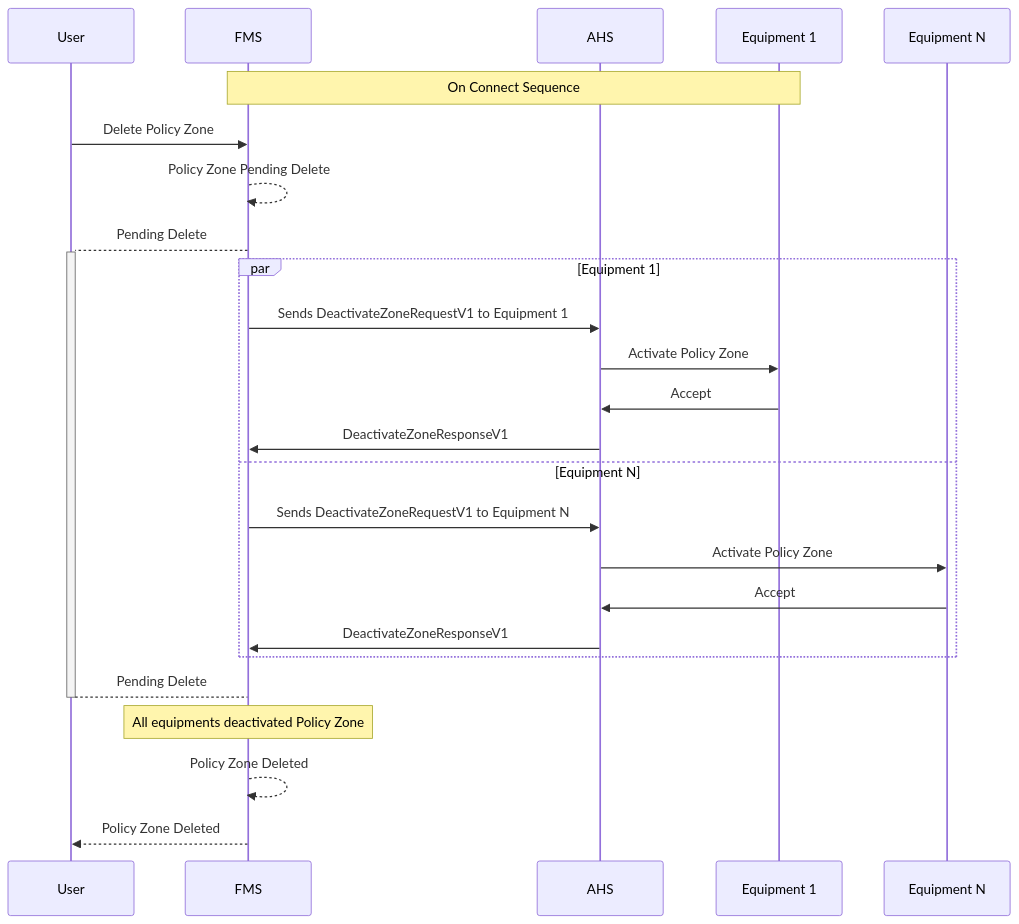
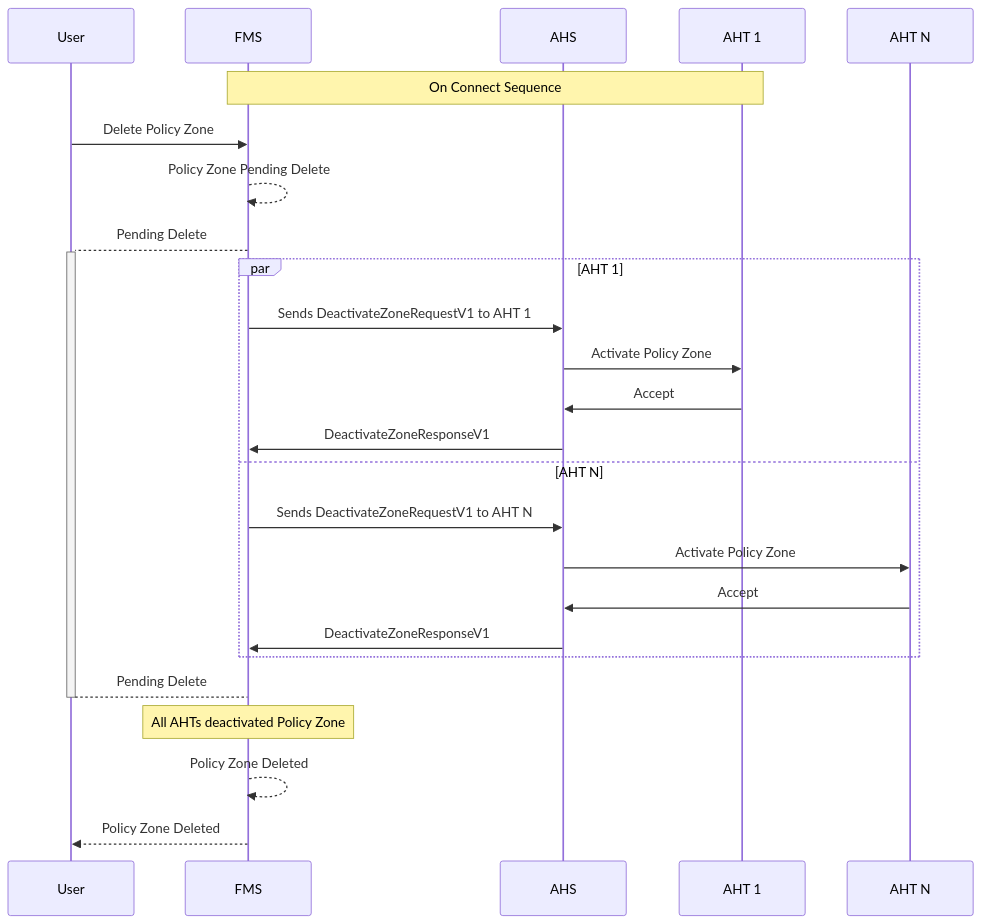
The diagram in diagram/PolicyZoneDeletion.md (open-autonomy/zone), drawn with Mermaid before and after one commit. The commit also changed other lines of this file and 15 other files, not shown here.

Commit message:
updated language equipment to AHT

````diff
--- a/diagram/PolicyZoneDeletion.md
+++ b/diagram/PolicyZoneDeletion.md
@@ -6,31 +6,31 @@
 ```mermaid
 sequenceDiagram
     participant User
     participant FMS
     participant AHS
-    participant Equipment 1
-    participant Equipment N
+    participant AHT 1
+    participant AHT N
 
-    Note over FMS,Equipment 1: On Connect Sequence
+    Note over FMS,AHT 1: On Connect Sequence
     User->>FMS: Delete Policy Zone
     FMS-->>FMS: Policy Zone Pending Delete
     FMS-->+User: Pending Delete
 
-    par Equipment 1
-        FMS->>AHS: Sends DeactivateZoneRequestV1 to Equipment 1
-        AHS->>Equipment 1: Activate Policy Zone
-        Equipment 1->>AHS: Accept
+    par AHT 1
+        FMS->>AHS: Sends DeactivateZoneRequestV1 to AHT 1
+        AHS->>AHT 1: Activate Policy Zone
+        AHT 1->>AHS: Accept
         AHS->>FMS: DeactivateZoneResponseV1
-    and Equipment N
-        FMS->>AHS: Sends DeactivateZoneRequestV1 to Equipment N
-        AHS->>Equipment N: Activate Policy Zone
-        Equipment N->>AHS: Accept
+    and AHT N
+        FMS->>AHS: Sends DeactivateZoneRequestV1 to AHT N
+        AHS->>AHT N: Activate Policy Zone
+        AHT N->>AHS: Accept
         AHS->>FMS: DeactivateZoneResponseV1
     end
 
     User-->-FMS: Pending Delete
 
-    Note Over FMS: All equipments deactivated Policy Zone
+    Note Over FMS: All AHTs deactivated Policy Zone
     FMS-->>FMS: Policy Zone Deleted
     FMS-->>User: Policy Zone Deleted
 ```
````
